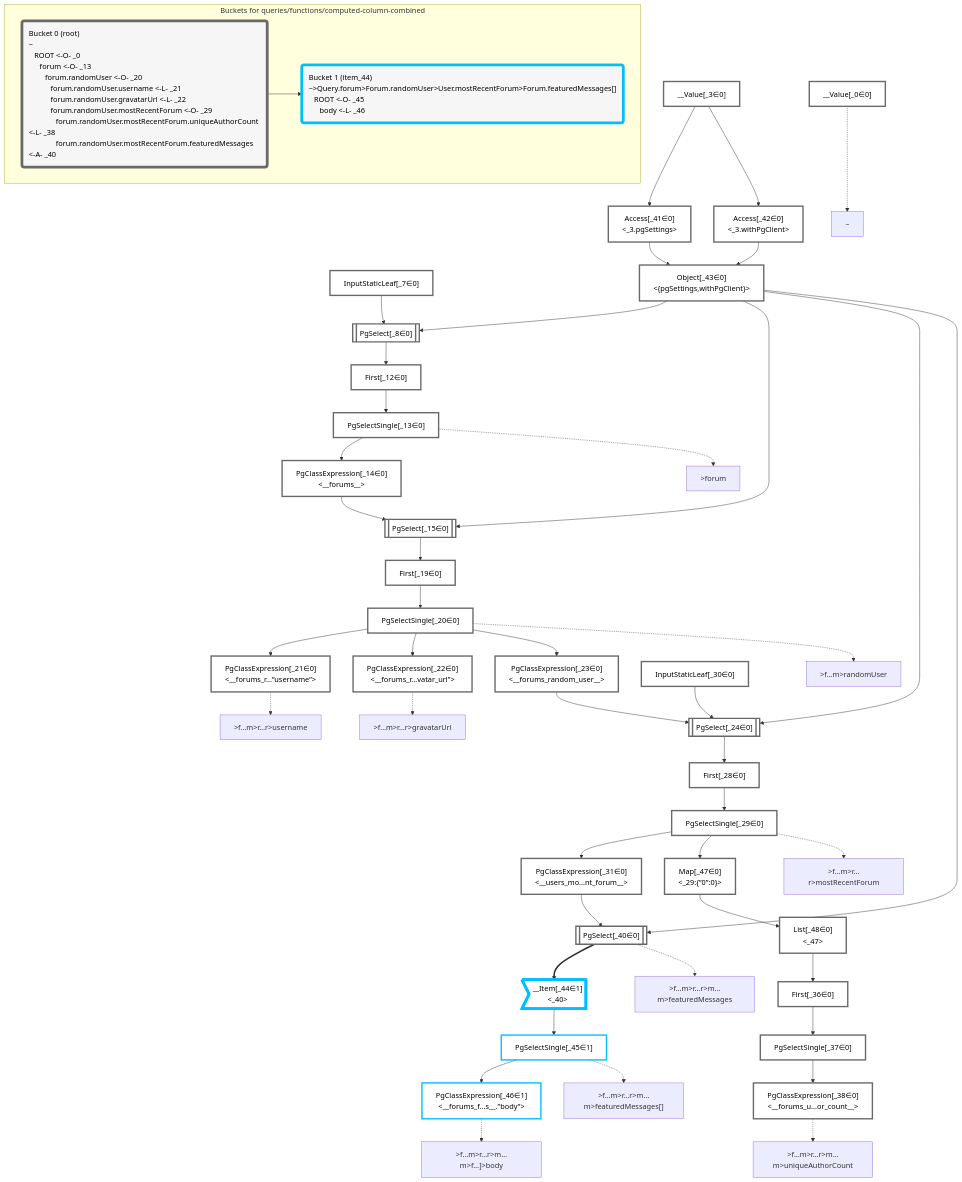
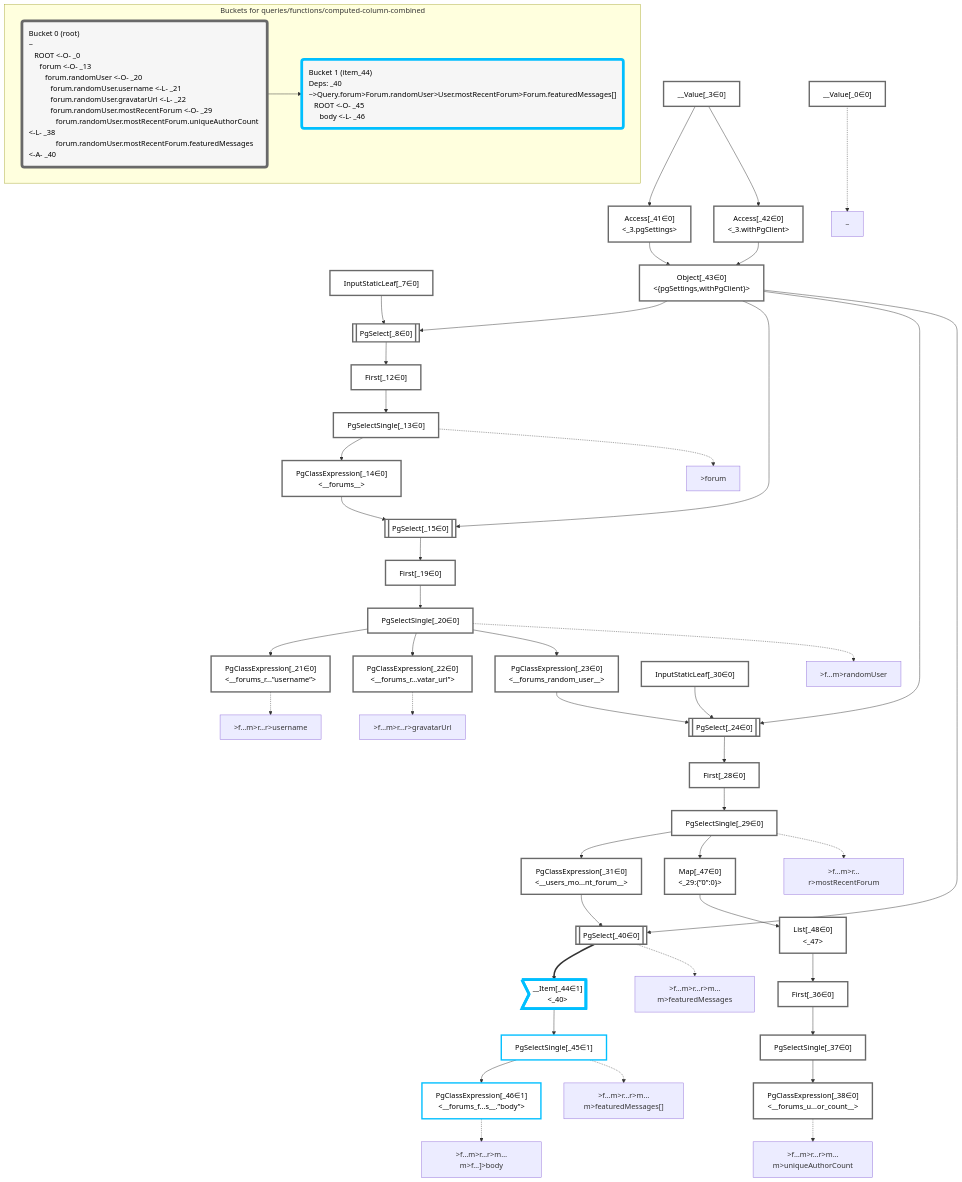
Before and after one commit to graphile/crystal: the diagram in packages/dataplan-pg/__tests__/queries/functions/computed-column-combined.deopt.mermaid.md, drawn with Mermaid. The commit also changed 157 other files, not shown here.

Commit message:
Add deps to all query snapshots

```diff
--- a/packages/dataplan-pg/__tests__/queries/functions/computed-column-combined.deopt.mermaid.md
+++ b/packages/dataplan-pg/__tests__/queries/functions/computed-column-combined.deopt.mermaid.md
@@ -104,7 +104,7 @@
     subgraph "Buckets for queries/functions/computed-column-combined"
     Bucket0("Bucket 0 (root)<br />~<br />⠀ROOT <-O- _0<br />⠀⠀forum <-O- _13<br />⠀⠀⠀forum.randomUser <-O- _20<br />⠀⠀⠀⠀forum.randomUser.username <-L- _21<br />⠀⠀⠀⠀forum.randomUser.gravatarUrl <-L- _22<br />⠀⠀⠀⠀forum.randomUser.mostRecentForum <-O- _29<br />⠀⠀⠀⠀⠀forum.randomUser.mostRecentForum.uniqueAuthorCount <-L- _38<br />⠀⠀⠀⠀⠀forum.randomUser.mostRecentForum.featuredMessages <-A- _40"):::bucket
     style Bucket0 stroke:#696969
-    Bucket1("Bucket 1 (item_44)<br />~>Query.forum>Forum.randomUser>User.mostRecentForum>Forum.featuredMessages[]<br />⠀ROOT <-O- _45<br />⠀⠀body <-L- _46"):::bucket
+    Bucket1("Bucket 1 (item_44)<br />Deps: _40<br />~>Query.forum>Forum.randomUser>User.mostRecentForum>Forum.featuredMessages[]<br />⠀ROOT <-O- _45<br />⠀⠀body <-L- _46"):::bucket
     style Bucket1 stroke:#00bfff
     Bucket0 --> Bucket1
     end
```
